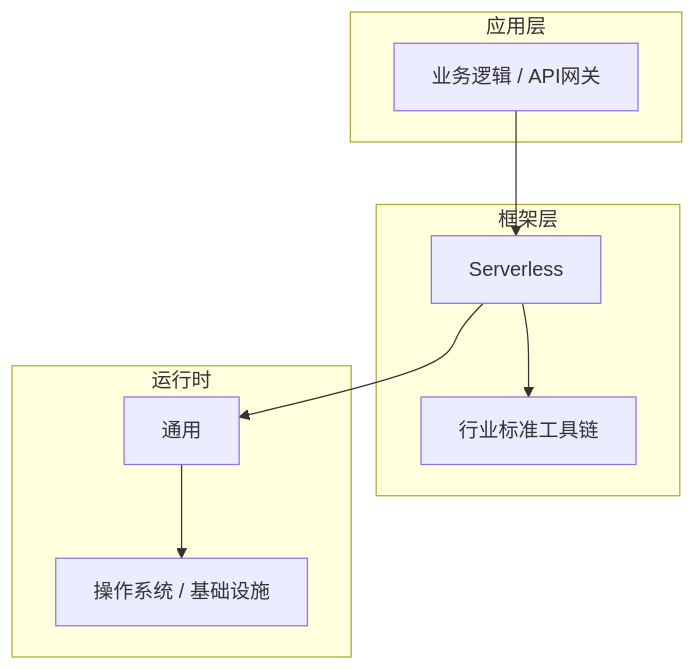
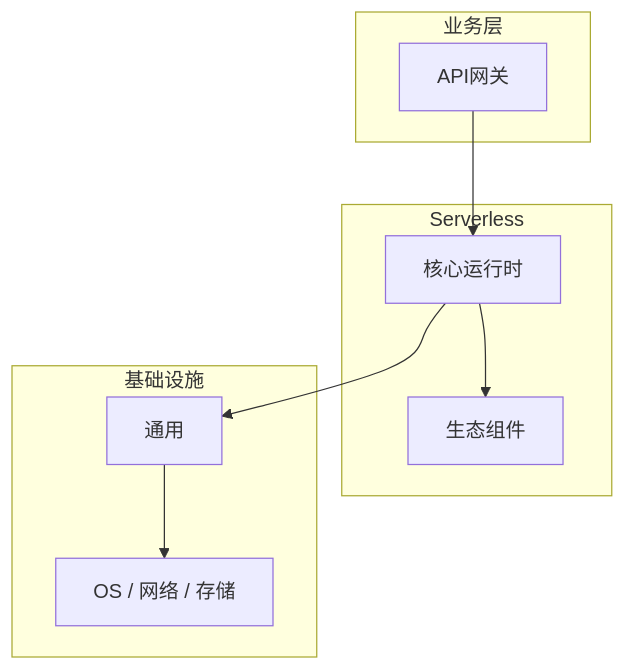
One commit to yanggan2015/knowledge-json-v2 changed the diagram in articles/Serverless/chapters/031-API网关核心概念与原理.md. Above: the diagram before and after it, drawn with Mermaid. The commit also changed other lines of this file and 10127 other files, not shown here.

````diff
--- a/articles/Serverless/chapters/031-API网关核心概念与原理.md
+++ b/articles/Serverless/chapters/031-API网关核心概念与原理.md
@@ -45,18 +34,18 @@
 ```mermaid
 graph TB
-    subgraph 应用层
-        A[业务逻辑 / API网关]
+    subgraph 业务层
+        A[API网关]
     end
-    subgraph 框架层
-        B[Serverless]
-        C[行业标准工具链]
+    subgraph Serverless
+        B[核心运行时]
+        C[生态组件]
     end
-    subgraph 运行时
+    subgraph 基础设施
         D[通用]
-        E[操作系统 / 基础设施]
+        E[OS / 网络 / 存储]
     end
     A --> B
     B --> C
     B --> D
     D --> E
 ```
````
